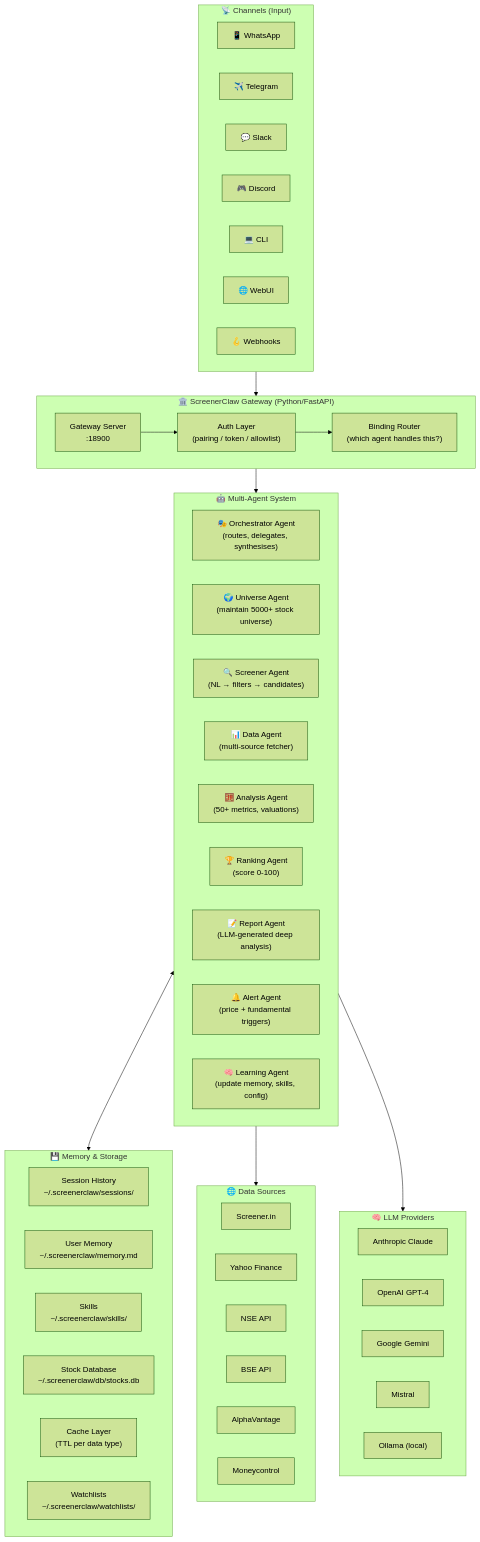
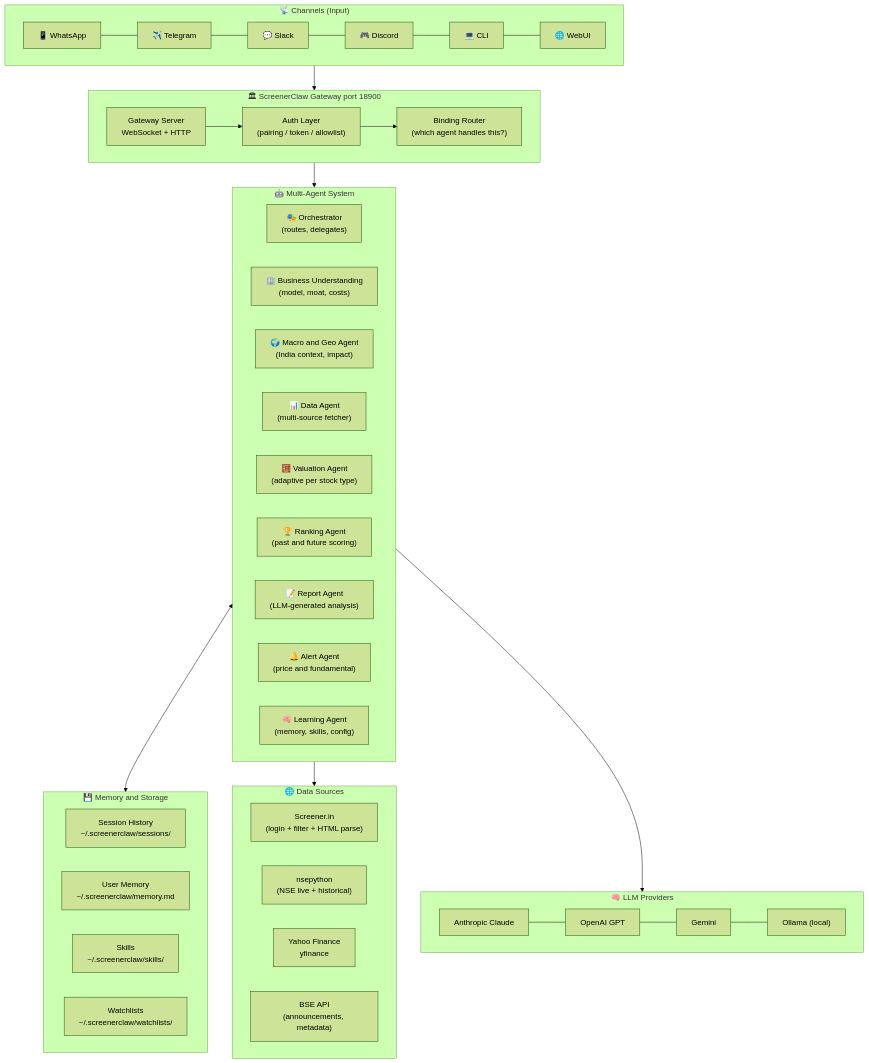
One commit to JS12540/ScreenerClaw changed the first of 4 diagrams in screener_claw_idea.md. Above: the diagram before and after it, drawn with Mermaid (forest theme). The commit also changed other lines of this file, not shown here.

Commit message:
Added Screnner claw ideation phase

````diff
--- a/screener_claw_idea.md
+++ b/screener_claw_idea.md
@@ -98,63 +121,52 @@
 ```mermaid
-flowchart TD
-    subgraph CHANNELS ["📡 Channels (Input)"]
-        WA["📱 WhatsApp"]
-        TG["✈️ Telegram"]
-        SL["💬 Slack"]
-        DC["🎮 Discord"]
-        CLI["💻 CLI"]
-        WEB["🌐 WebUI"]
-        WH["🪝 Webhooks"]
+flowchart TB
+    subgraph CHANNELS["📡 Channels (Input)"]
+        direction LR
+        WA["📱 WhatsApp"] --- TG["✈️ Telegram"] --- SL["💬 Slack"] --- DC["🎮 Discord"] --- CLI["💻 CLI"] --- WEB["🌐 WebUI"]
     end
 
-    subgraph GATEWAY ["🏛️ ScreenerClaw Gateway (Python/FastAPI)"]
-        GW["Gateway Server\n:18900"]
+    subgraph GATEWAY["🏛 ScreenerClaw Gateway  port 18900"]
+        GW["Gateway Server\nWebSocket + HTTP"]
         ROUTER["Binding Router\n(which agent handles this?)"]
         AUTH["Auth Layer\n(pairing / token / allowlist)"]
         GW --> AUTH --> ROUTER
     end
 
-    subgraph AGENTS ["🤖 Multi-Agent System"]
-        ORCH["🎭 Orchestrator Agent\n(routes, delegates, synthesises)"]
-        UNIV["🌍 Universe Agent\n(maintain 5000+ stock universe)"]
-        SCREEN["🔍 Screener Agent\n(NL → filters → candidates)"]
+    subgraph AGENTS["🤖 Multi-Agent System"]
+        direction LR
+        ORCH["🎭 Orchestrator\n(routes, delegates)"]
+        BIZ["🏢 Business Understanding\n(model, moat, costs)"]
+        MACRO["🌍 Macro and Geo Agent\n(India context, impact)"]
         DATA["📊 Data Agent\n(multi-source fetcher)"]
-        ANAL["🧮 Analysis Agent\n(50+ metrics, valuations)"]
-        RANK["🏆 Ranking Agent\n(score 0-100)"]
-        REPORT["📝 Report Agent\n(LLM-generated deep analysis)"]
-        ALERT["🔔 Alert Agent\n(price + fundamental triggers)"]
-        LEARN["🧠 Learning Agent\n(update memory, skills, config)"]
+        VAL["🧮 Valuation Agent\n(adaptive per stock type)"]
+        RANK["🏆 Ranking Agent\n(past and future scoring)"]
+        REPORT["📝 Report Agent\n(LLM-generated analysis)"]
+        ALERT["🔔 Alert Agent\n(price and fundamental)"]
+        LEARN["🧠 Learning Agent\n(memory, skills, config)"]
     end
 
-    subgraph MEMORY ["💾 Memory & Storage"]
+    subgraph MEMORY["💾 Memory and Storage"]
         SESS["Session History\n~/.screenerclaw/sessions/"]
-        MEM["User Memory\n~/.screenerclaw/memory.md"]
-        SKILLS["Skills\n~/.screenerclaw/skills/"]
-        DB["Stock Database\n~/.screenerclaw/db/stocks.db"]
-        CACHE["Cache Layer\n(TTL per data type)"]
+        MEMF["User Memory\n~/.screenerclaw/memory.md"]
+        SKILLS_D["Skills\n~/.screenerclaw/skills/"]
         WATCH["Watchlists\n~/.screenerclaw/watchlists/"]
     end
 
-    subgraph SOURCES ["🌐 Data Sources"]
-        SCR["Screener.in"]
-        YF["Yahoo Finance"]
-        NSE["NSE API"]
-        BSE["BSE API"]
-        ALPHA["AlphaVantage"]
-        MONEYC["Moneycontrol"]
+    subgraph SOURCES["🌐 Data Sources"]
+        SCR["Screener.in\n(login + filter + HTML parse)"]
+        NSEPY["nsepython\n(NSE live + historical)"]
+        YF["Yahoo Finance\nyfinance"]
+        BSE_S["BSE API\n(announcements, metadata)"]
     end
 
-    subgraph LLM ["🧠 LLM Providers"]
-        CLAUDE["Anthropic Claude"]
-        GPT["OpenAI GPT-4"]
-        GEMINI["Google Gemini"]
-        MISTRAL["Mistral"]
-        OLLAMA["Ollama (local)"]
+    subgraph LLM["🧠 LLM Providers"]
+        direction LR
+        CLAUDE["Anthropic Claude"] --- GPT["OpenAI GPT"] --- GEMINI["Gemini"] --- OLLAMA["Ollama (local)"]
     end
 
     CHANNELS --> GATEWAY
     GATEWAY --> AGENTS
     AGENTS <--> MEMORY
     AGENTS --> SOURCES
     AGENTS --> LLM
 ```
````
